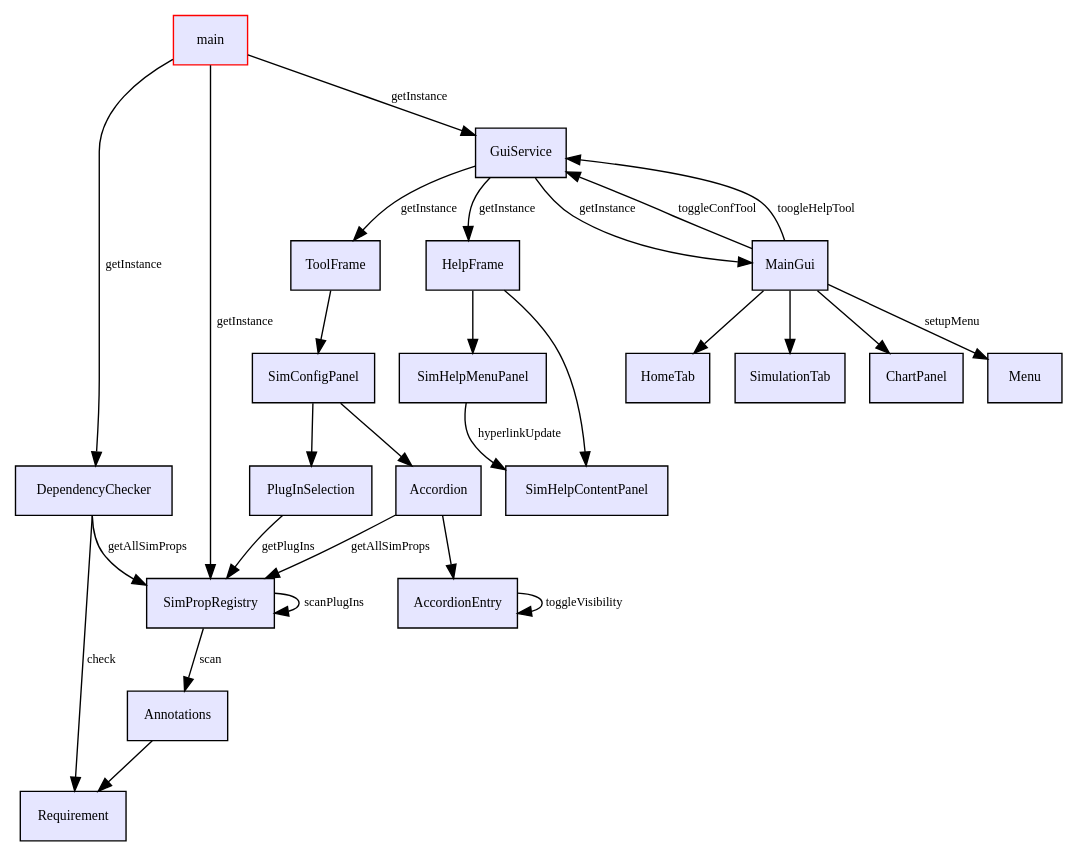
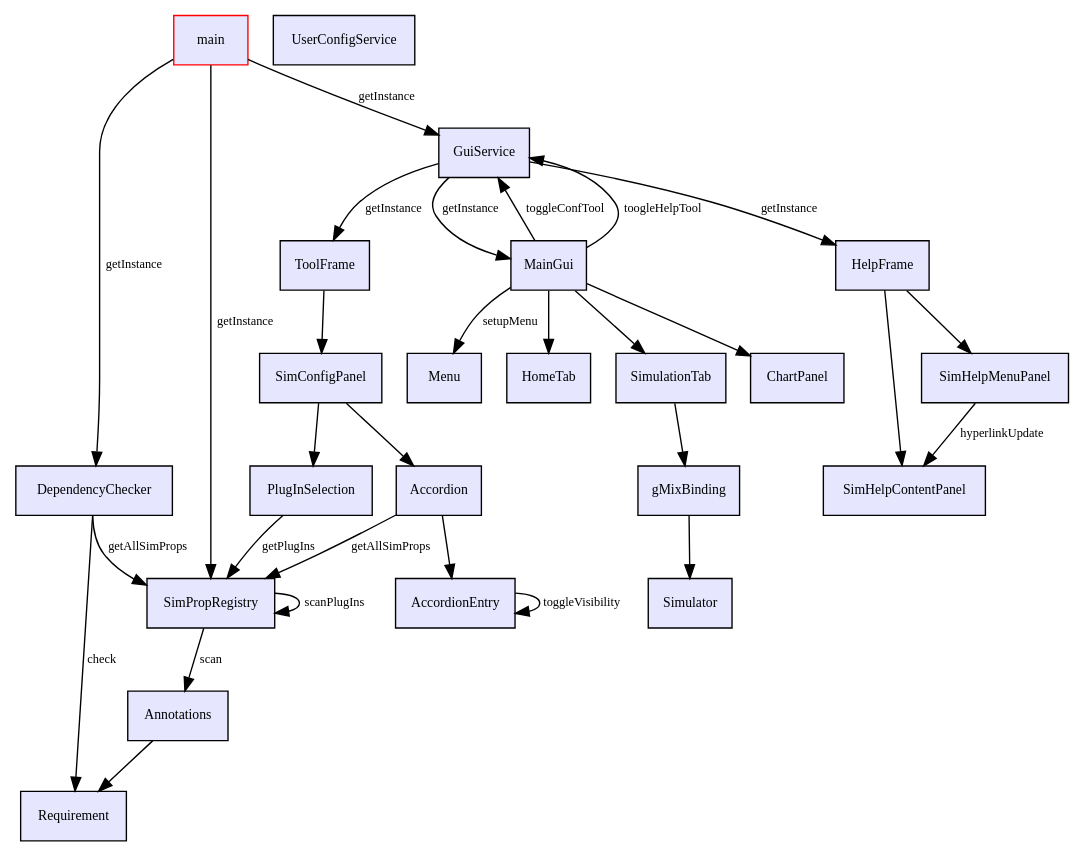
One commit to abeifuss/simgui changed the diagram in doc/dot/arch.dot. Above: the diagram before and after it, drawn with Graphviz. The commit also changed 3 other files, not shown here.

```diff
--- a/doc/dot/arch.dot
+++ b/doc/dot/arch.dot
@@ -1,62 +1,69 @@
 digraph G {
 node [fontname=Verdana,fontsize=10]
 node [style=filled]
 node [fillcolor="#e6e6ff"]
 node [color="#e6e6ff"]
 edge [fontname=Verdana,color="#000000"]
 
 main [shape=box, color=red]
 SimPropRegistry [shape=box, color=black]
 DependencyChecker [shape=box, color=black]
 Annotations [shape=box, color=black]
 Requirement [shape=box, color=black]
 GuiService [shape=box, color=black]
 MainGui [shape=box, color=black]
 ToolFrame [shape=box, color=black]
 HelpFrame [shape=box, color=black]
 SimHelpContentPanel [shape=box, color=black]
 SimHelpMenuPanel [shape=box, color=black]
 SimConfigPanel [shape=box, color=black]
 PlugInSelection [shape=box, color=black]
 Accordion [shape=box, color=black]
 AccordionEntry [shape=box, color=black]
 Menu [shape=box, color=black]
 HomeTab [shape=box, color=black]
 SimulationTab [shape=box, color=black]
 ChartPanel [shape=box, color=black]
+UserConfigService [shape=box, color=black]
+gMixBinding [shape=box, color=black]
+Simulator [shape=box, color=black]
 
 main -> SimPropRegistry [label="getInstance",fontsize=9]
 main -> DependencyChecker [label="getInstance",fontsize=9]
 main -> GuiService [label="getInstance",fontsize=9]
 
 SimPropRegistry -> Annotations [label="scan",fontsize=9]
 SimPropRegistry -> SimPropRegistry [label="scanPlugIns",fontsize=9]
 Annotations -> Requirement
 
 DependencyChecker -> SimPropRegistry [label="getAllSimProps",fontsize=9]
 DependencyChecker -> Requirement [label="check",fontsize=9]
 
 GuiService -> MainGui [label="getInstance",fontsize=9]
 GuiService -> ToolFrame [label="getInstance",fontsize=9]
 GuiService -> HelpFrame [label="getInstance",fontsize=9]
 
 ToolFrame -> SimConfigPanel
 SimConfigPanel -> PlugInSelection
 SimConfigPanel -> Accordion 
 
 PlugInSelection -> SimPropRegistry [label="getPlugIns",fontsize=9]
 Accordion -> SimPropRegistry [label="getAllSimProps",fontsize=9]
 Accordion -> AccordionEntry
 AccordionEntry -> AccordionEntry [label="toggleVisibility",fontsize=9]
 
 HelpFrame -> SimHelpContentPanel
 HelpFrame -> SimHelpMenuPanel
 SimHelpMenuPanel -> SimHelpContentPanel [label="hyperlinkUpdate",fontsize=9]
 
 MainGui -> GuiService [label="toggleConfTool",fontsize=9]
 MainGui -> GuiService [label="toogleHelpTool",fontsize=9]
 MainGui -> Menu [label="setupMenu",fontsize=9]
 MainGui -> HomeTab
 MainGui -> SimulationTab
 MainGui -> ChartPanel
+
+SimulationTab -> gMixBinding
+gMixBinding -> Simulator
+
 }
```
